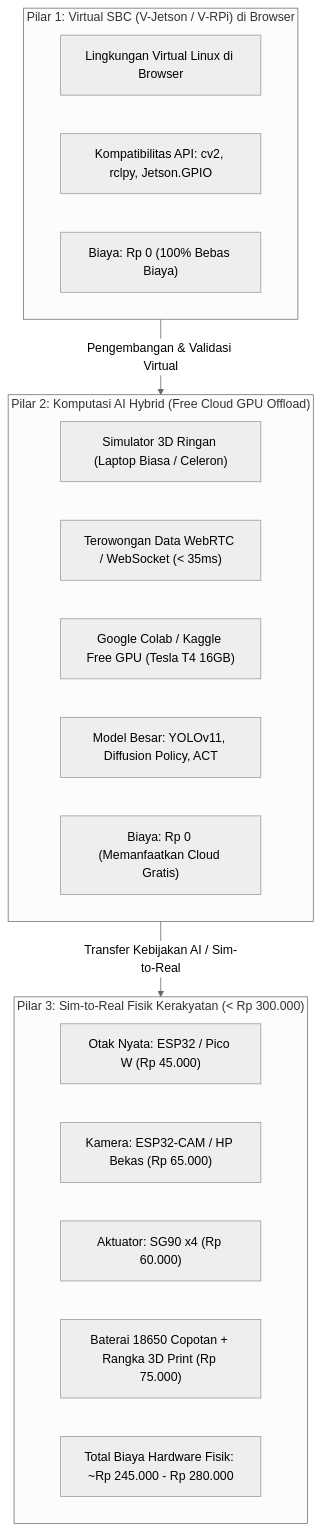
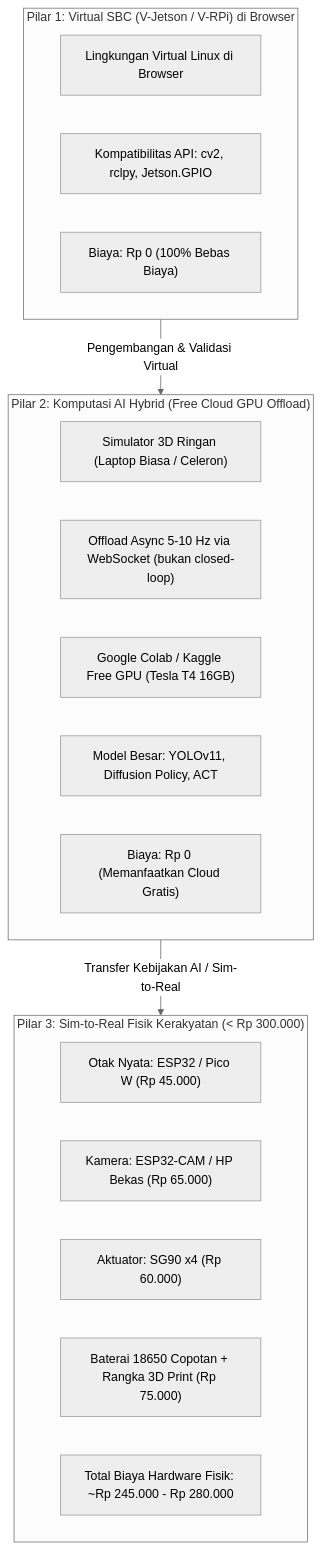
Before and after one commit to joeinus134131/simulate: the diagram in docs/05-DEMOCRATIZED-PHYSICAL-AI-FRAMEWORK.md, drawn with Mermaid (neutral theme). The commit also changed other lines of this file and 9 other files, not shown here.

````diff
--- a/docs/05-DEMOCRATIZED-PHYSICAL-AI-FRAMEWORK.md
+++ b/docs/05-DEMOCRATIZED-PHYSICAL-AI-FRAMEWORK.md
@@ -31,27 +31,27 @@
 ```mermaid
 flowchart TD
     subgraph Pilar1["Pilar 1: Virtual SBC (V-Jetson / V-RPi) di Browser"]
         VJetson["Lingkungan Virtual Linux di Browser"]
         APIComp["Kompatibilitas API: cv2, rclpy, Jetson.GPIO"]
         ZeroCost1["Biaya: Rp 0 (100% Bebas Biaya)"]
     end
 
     subgraph Pilar2["Pilar 2: Komputasi AI Hybrid (Free Cloud GPU Offload)"]
         BrowserSim["Simulator 3D Ringan (Laptop Biasa / Celeron)"]
-        Tunnel["Terowongan Data WebRTC / WebSocket (< 35ms)"]
+        Tunnel["Offload Async 5-10 Hz via WebSocket (bukan closed-loop)"]
         Colab["Google Colab / Kaggle Free GPU (Tesla T4 16GB)"]
         FoundationAI["Model Besar: YOLOv11, Diffusion Policy, ACT"]
         ZeroCost2["Biaya: Rp 0 (Memanfaatkan Cloud Gratis)"]
     end
 
     subgraph Pilar3["Pilar 3: Sim-to-Real Fisik Kerakyatan (< Rp 300.000)"]
         ESP32["Otak Nyata: ESP32 / Pico W (Rp 45.000)"]
         VisionReal["Kamera: ESP32-CAM / HP Bekas (Rp 65.000)"]
         Servos["Aktuator: SG90 x4 (Rp 60.000)"]
         PowerChassis["Baterai 18650 Copotan + Rangka 3D Print (Rp 75.000)"]
         TotalReal["Total Biaya Hardware Fisik: ~Rp 245.000 - Rp 280.000"]
     end
 
     Pilar1 -->|Pengembangan & Validasi Virtual| Pilar2
     Pilar2 -->|Transfer Kebijakan AI / Sim-to-Real| Pilar3
 ```
````
